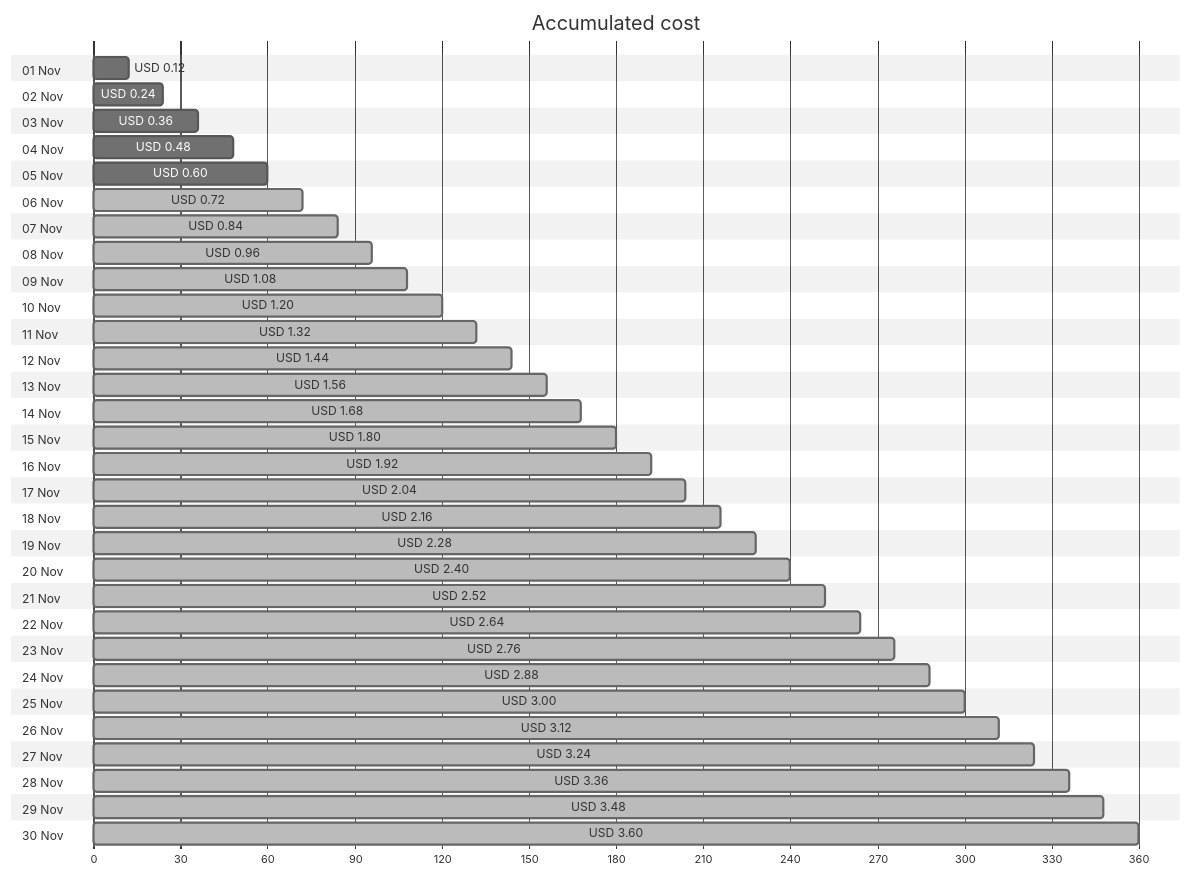
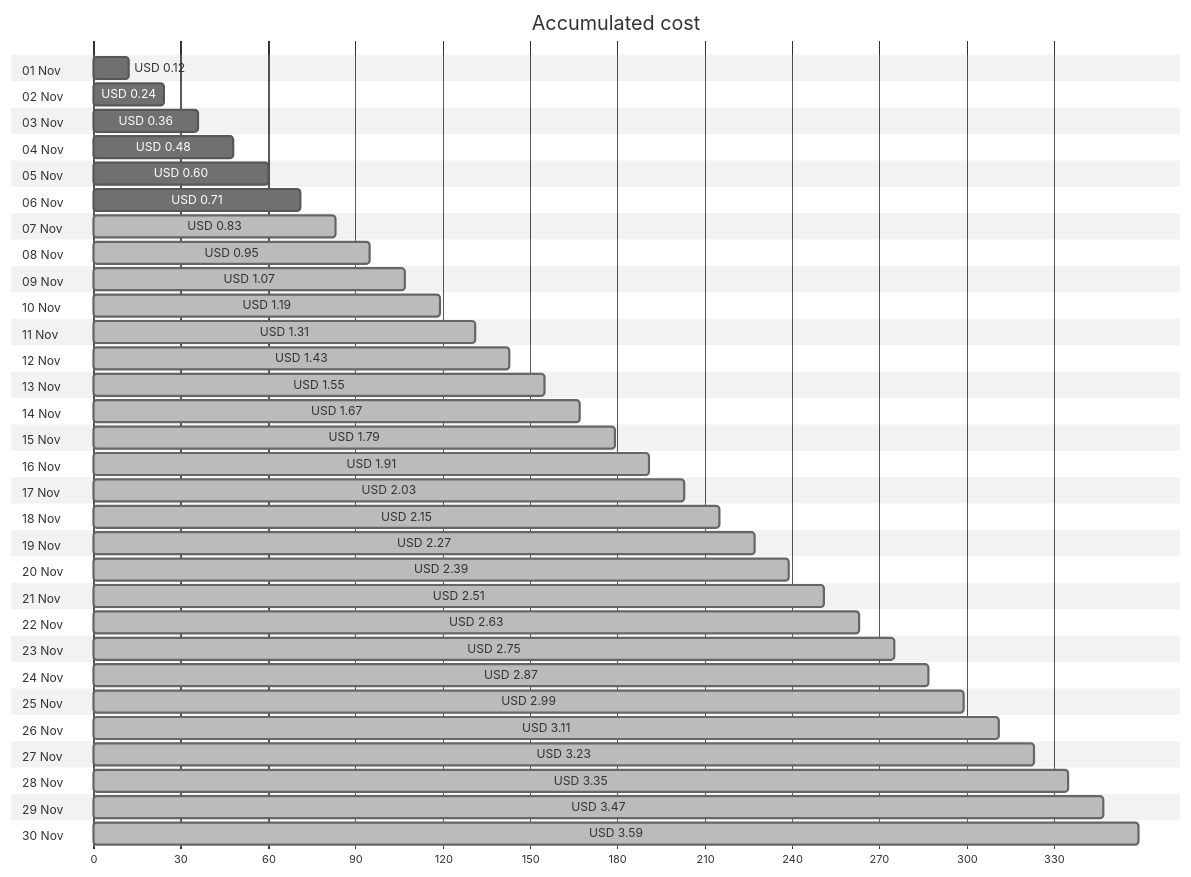
The first of 4 diagrams in cost-reports/personal-network/backup-server-public-ip.md (jpfulton/azure-personal-reports), drawn with Mermaid (neutral theme) before and after one commit. The commit also changed other lines of this file and 8 other files, not shown here.

````diff
--- a/cost-reports/personal-network/backup-server-public-ip.md
+++ b/cost-reports/personal-network/backup-server-public-ip.md
@@ -20,66 +20,66 @@
 ```mermaid
 gantt
    title Accumulated cost
    dateFormat  X
    axisFormat %s
    section 01 Nov
    USD 0.12 :0, 12
    section 02 Nov
    USD 0.24 :0, 24
    section 03 Nov
    USD 0.36 :0, 36
    section 04 Nov
    USD 0.48 :0, 48
    section 05 Nov
    USD 0.60 :0, 60
    section 06 Nov
-   USD 0.72 : done, 0, 72
+   USD 0.71 :0, 71
    section 07 Nov
-   USD 0.84 : done, 0, 84
+   USD 0.83 : done, 0, 83
    section 08 Nov
-   USD 0.96 : done, 0, 96
+   USD 0.95 : done, 0, 95
    section 09 Nov
-   USD 1.08 : done, 0, 108
+   USD 1.07 : done, 0, 107
    section 10 Nov
-   USD 1.20 : done, 0, 120
+   USD 1.19 : done, 0, 119
    section 11 Nov
-   USD 1.32 : done, 0, 132
+   USD 1.31 : done, 0, 131
    section 12 Nov
-   USD 1.44 : done, 0, 144
+   USD 1.43 : done, 0, 143
    section 13 Nov
-   USD 1.56 : done, 0, 156
+   USD 1.55 : done, 0, 155
    section 14 Nov
-   USD 1.68 : done, 0, 168
+   USD 1.67 : done, 0, 167
    section 15 Nov
-   USD 1.80 : done, 0, 180
+   USD 1.79 : done, 0, 179
    section 16 Nov
-   USD 1.92 : done, 0, 192
+   USD 1.91 : done, 0, 191
    section 17 Nov
-   USD 2.04 : done, 0, 204
+   USD 2.03 : done, 0, 203
    section 18 Nov
-   USD 2.16 : done, 0, 216
+   USD 2.15 : done, 0, 215
    section 19 Nov
-   USD 2.28 : done, 0, 228
+   USD 2.27 : done, 0, 227
    section 20 Nov
-   USD 2.40 : done, 0, 240
+   USD 2.39 : done, 0, 239
    section 21 Nov
-   USD 2.52 : done, 0, 252
+   USD 2.51 : done, 0, 251
    section 22 Nov
-   USD 2.64 : done, 0, 264
+   USD 2.63 : done, 0, 263
    section 23 Nov
-   USD 2.76 : done, 0, 276
+   USD 2.75 : done, 0, 275
    section 24 Nov
-   USD 2.88 : done, 0, 288
+   USD 2.87 : done, 0, 287
    section 25 Nov
-   USD 3.00 : done, 0, 300
+   USD 2.99 : done, 0, 299
    section 26 Nov
-   USD 3.12 : done, 0, 312
+   USD 3.11 : done, 0, 311
    section 27 Nov
-   USD 3.24 : done, 0, 324
+   USD 3.23 : done, 0, 323
    section 28 Nov
-   USD 3.36 : done, 0, 336
+   USD 3.35 : done, 0, 335
    section 29 Nov
-   USD 3.48 : done, 0, 348
+   USD 3.47 : done, 0, 347
    section 30 Nov
-   USD 3.60 : done, 0, 360
+   USD 3.59 : done, 0, 359
 ```
````
